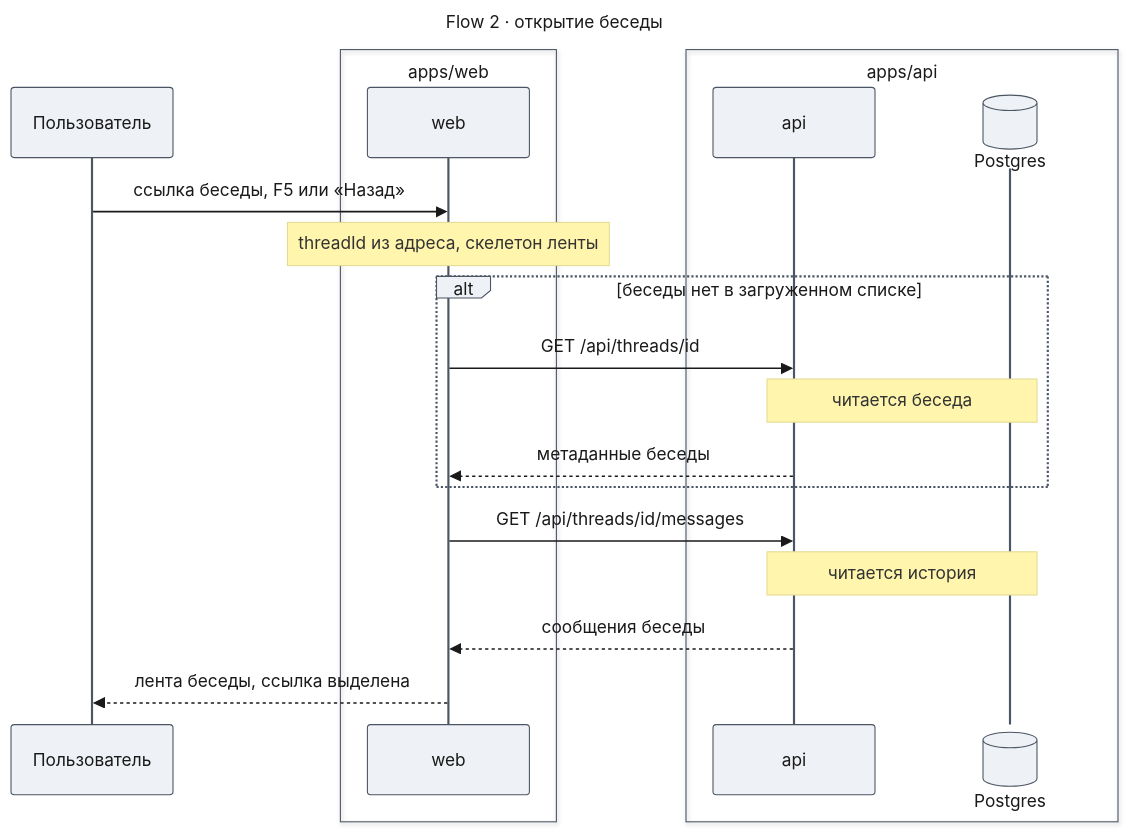
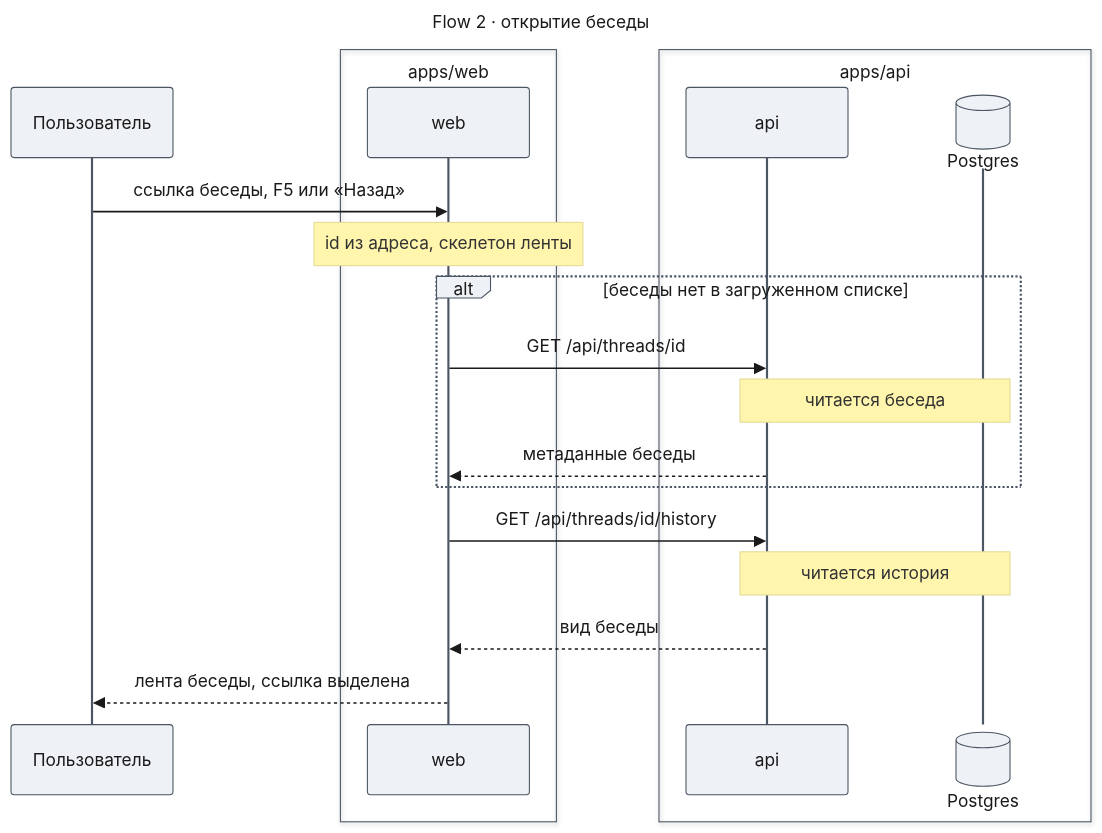
The sixth of 8 diagrams in docs/features/chat-shell/design-web-shell.md (tundraray/agent-os), drawn with Mermaid before and after one commit. The commit also changed other lines of this file and 1225 other files, not shown here.

````diff
--- a/docs/features/chat-shell/design-web-shell.md
+++ b/docs/features/chat-shell/design-web-shell.md
@@ -864,41 +548,41 @@
 ```mermaid
 ---
 title: "Flow 2 · открытие беседы"
 config:
   theme: base
   look: classic
   themeVariables:
     primaryColor: "#eef1f5"
     primaryBorderColor: "#4b5563"
     primaryTextColor: "#1a1a1a"
     lineColor: "#6b7280"
   themeCSS: |
     @keyframes litr_f2{0%,15.0%{stroke:#1d4ed8;stroke-width:6px}16.67%,100%{stroke:#37474f;stroke-width:2px}}
     .messageLine0[data-id='i0'],.messageLine1[data-id='i0']{animation:litr_f2 7.2s linear 0.0s infinite}
     .messageLine0[data-id='i3'],.messageLine1[data-id='i3']{animation:litr_f2 7.2s linear 1.2s infinite}
     .messageLine0[data-id='i5'],.messageLine1[data-id='i5']{animation:litr_f2 7.2s linear 2.4s infinite}
     .messageLine0[data-id='i7'],.messageLine1[data-id='i7']{animation:litr_f2 7.2s linear 3.6s infinite}
     .messageLine0[data-id='i9'],.messageLine1[data-id='i9']{animation:litr_f2 7.2s linear 4.8s infinite}
     .messageLine0[data-id='i10'],.messageLine1[data-id='i10']{animation:litr_f2 7.2s linear 6.0s infinite}
 ---
 sequenceDiagram
     participant U as Пользователь
     box apps/web
         participant W as web
     end
     box apps/api
         participant A as api
         participant D@{ "type": "database" } as Postgres
     end
     U->>W: ссылка беседы, F5 или «Назад»
-    Note over W: threadId из адреса, скелетон ленты
+    Note over W: id из адреса, скелетон ленты
     alt беседы нет в загруженном списке
         W->>A: GET /api/threads/id
         Note over A,D: читается беседа
         A-->>W: метаданные беседы
     end
-    W->>A: GET /api/threads/id/messages
+    W->>A: GET /api/threads/id/history
     Note over A,D: читается история
-    A-->>W: сообщения беседы
+    A-->>W: вид беседы
     W-->>U: лента беседы, ссылка выделена
 ```
````
